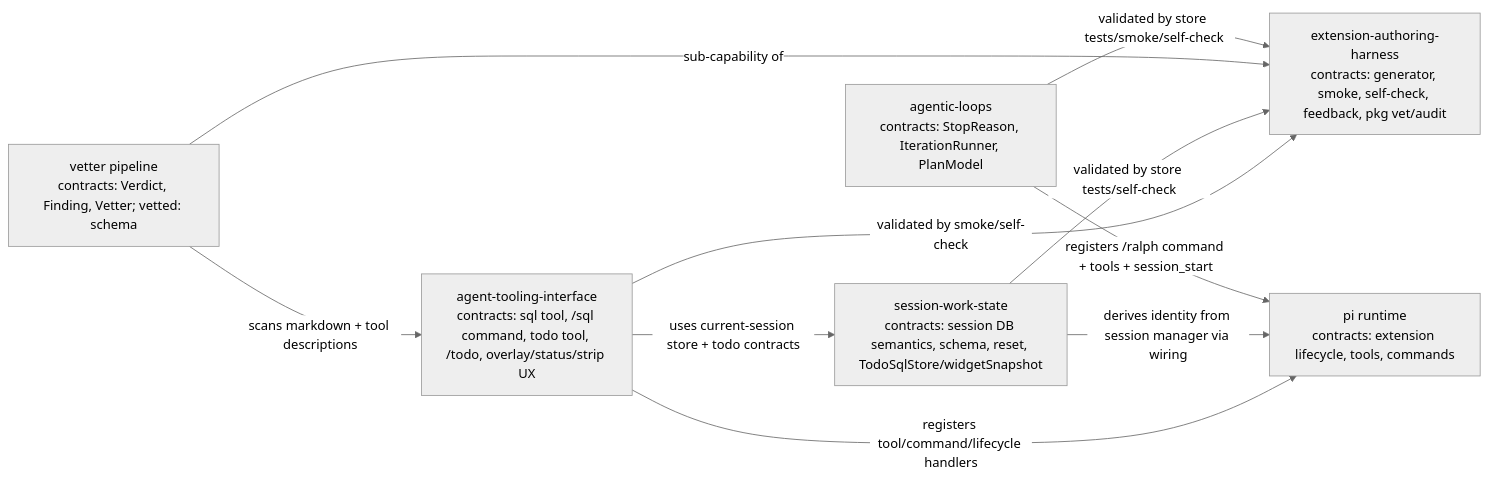
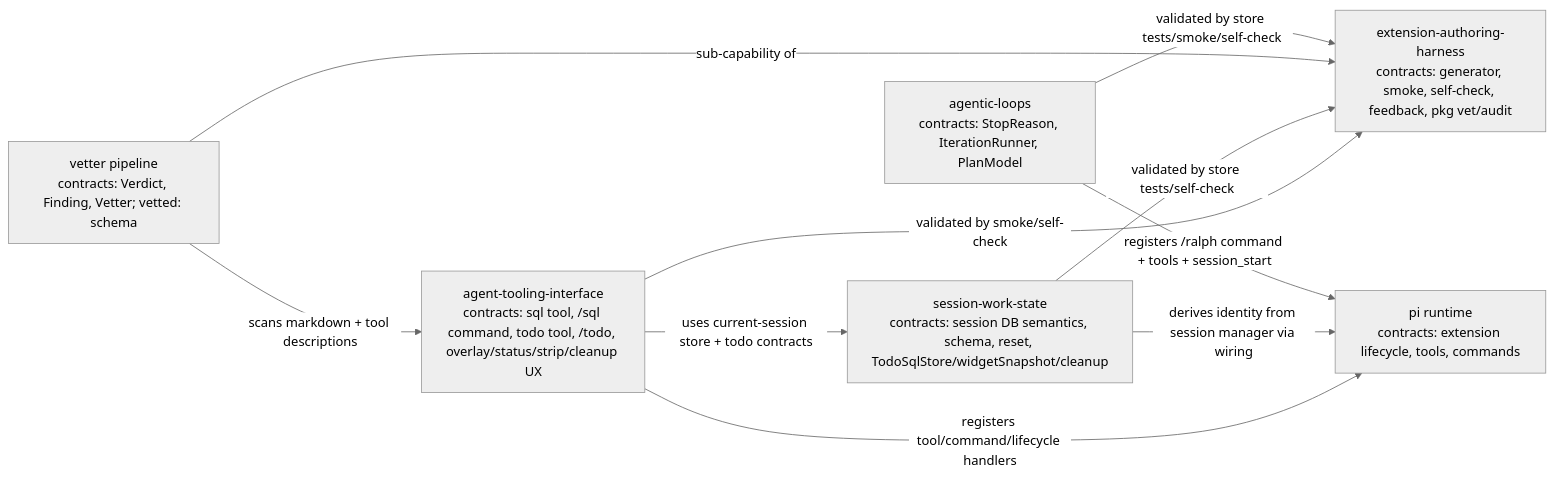
The diagram in docs/domains/domain-map.md (vaughanknight/pij), drawn with Mermaid (neutral theme) before and after one commit. The commit also changed other lines of this file and 8 other files, not shown here.

Commit message:
feat(todo): add targeted cleanup actions

````diff
--- a/docs/domains/domain-map.md
+++ b/docs/domains/domain-map.md
@@ -3,19 +3,19 @@
 ```mermaid
 flowchart LR
-    SWS[session-work-state\ncontracts: session DB semantics, schema, reset, TodoSqlStore/widgetSnapshot]
-    ATI[agent-tooling-interface\ncontracts: sql tool, /sql command, todo tool, /todo, overlay/status/strip UX]
+    SWS[session-work-state\ncontracts: session DB semantics, schema, reset, TodoSqlStore/widgetSnapshot/cleanup]
+    ATI[agent-tooling-interface\ncontracts: sql tool, /sql command, todo tool, /todo, overlay/status/strip/cleanup UX]
     H[extension-authoring-harness\ncontracts: generator, smoke, self-check, feedback, pkg vet/audit]
     PI[pi runtime\ncontracts: extension lifecycle, tools, commands]
     V[vetter pipeline\ncontracts: Verdict, Finding, Vetter; vetted: schema]
     RL[agentic-loops\ncontracts: StopReason, IterationRunner, PlanModel]
 
     ATI -->|uses current-session store + todo contracts| SWS
     ATI -->|registers tool/command/lifecycle handlers| PI
     SWS -->|derives identity from session manager via wiring| PI
     ATI -->|validated by smoke/self-check| H
     SWS -->|validated by store tests/self-check| H
     V -->|sub-capability of| H
     V -->|scans markdown + tool descriptions| ATI
     RL -->|registers /ralph command + tools + session_start| PI
     RL -->|validated by store tests/smoke/self-check| H
 ```
````
